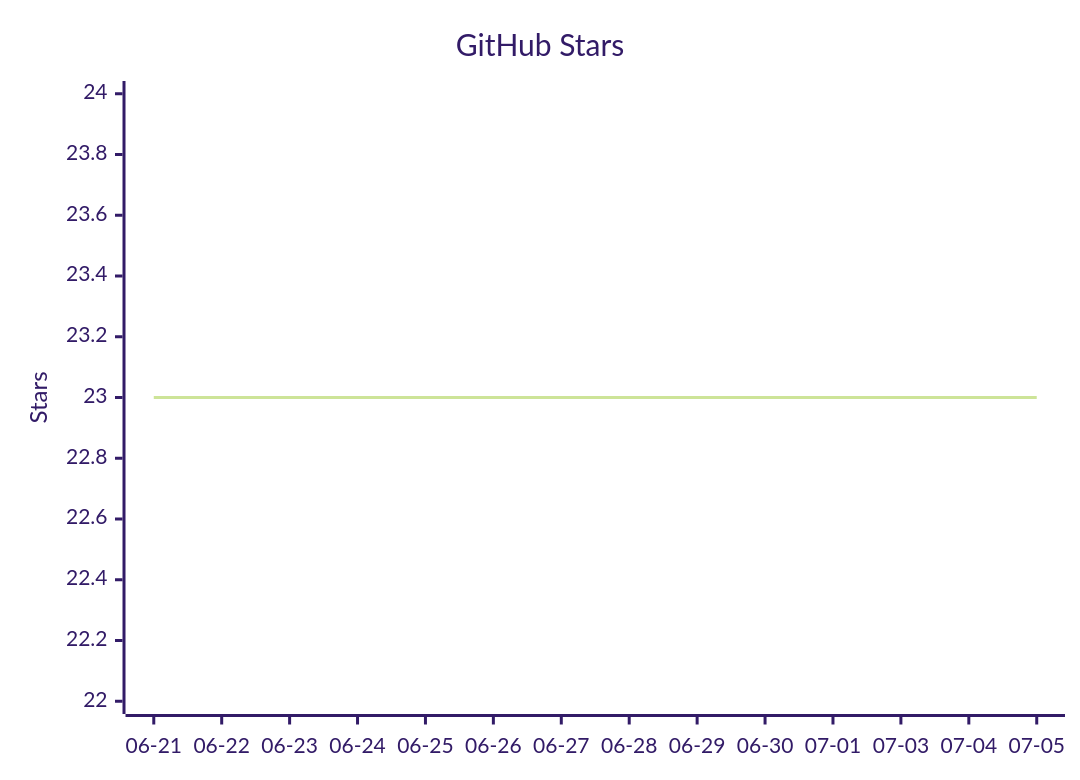
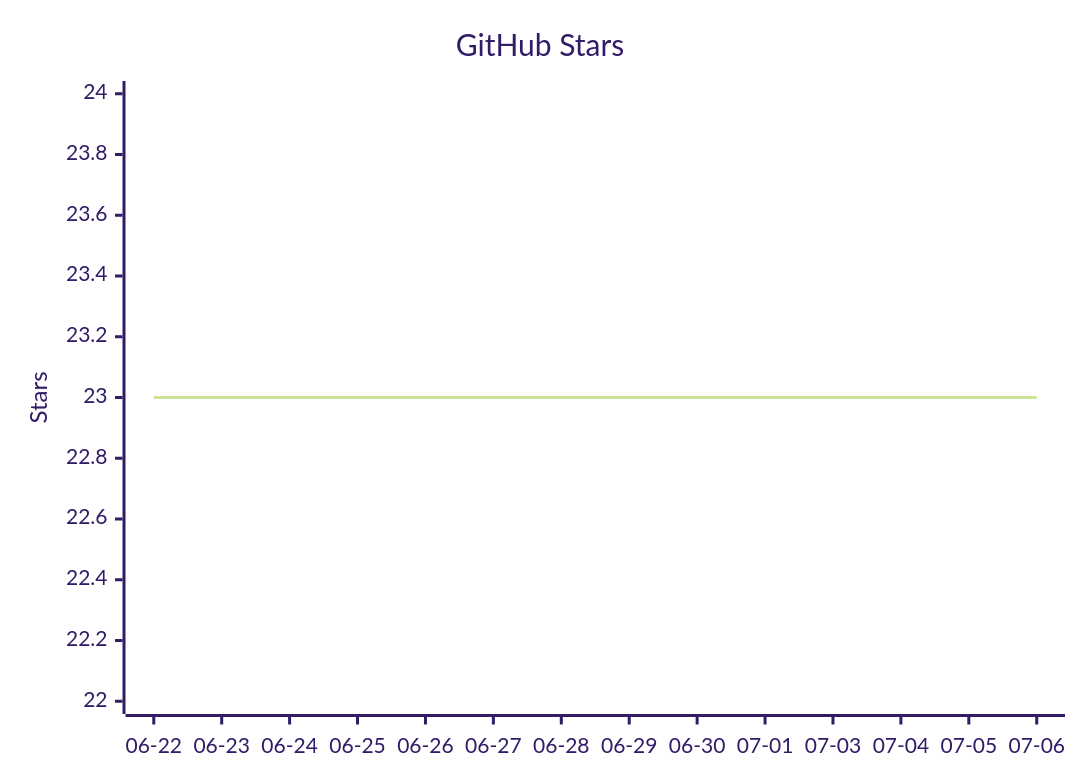
The diagram in README.mbt.md (vectie/moonclaw), drawn with Mermaid (forest theme) before and after one commit. The commit also changed other lines of this file and 1 other file, not shown here.

Commit message:
Update README star growth

````diff
--- a/README.mbt.md
+++ b/README.mbt.md
@@ -616,7 +616,7 @@
 ```mermaid
 xychart-beta
     title "GitHub Stars"
-    x-axis ["06-21","06-22","06-23","06-24","06-25","06-26","06-27","06-28","06-29","06-30","07-01","07-03","07-04","07-05"]
+    x-axis ["06-22","06-23","06-24","06-25","06-26","06-27","06-28","06-29","06-30","07-01","07-03","07-04","07-05","07-06"]
     y-axis "Stars" 22 --> 24
     line [23,23,23,23,23,23,23,23,23,23,23,23,23,23]
 ```
````
